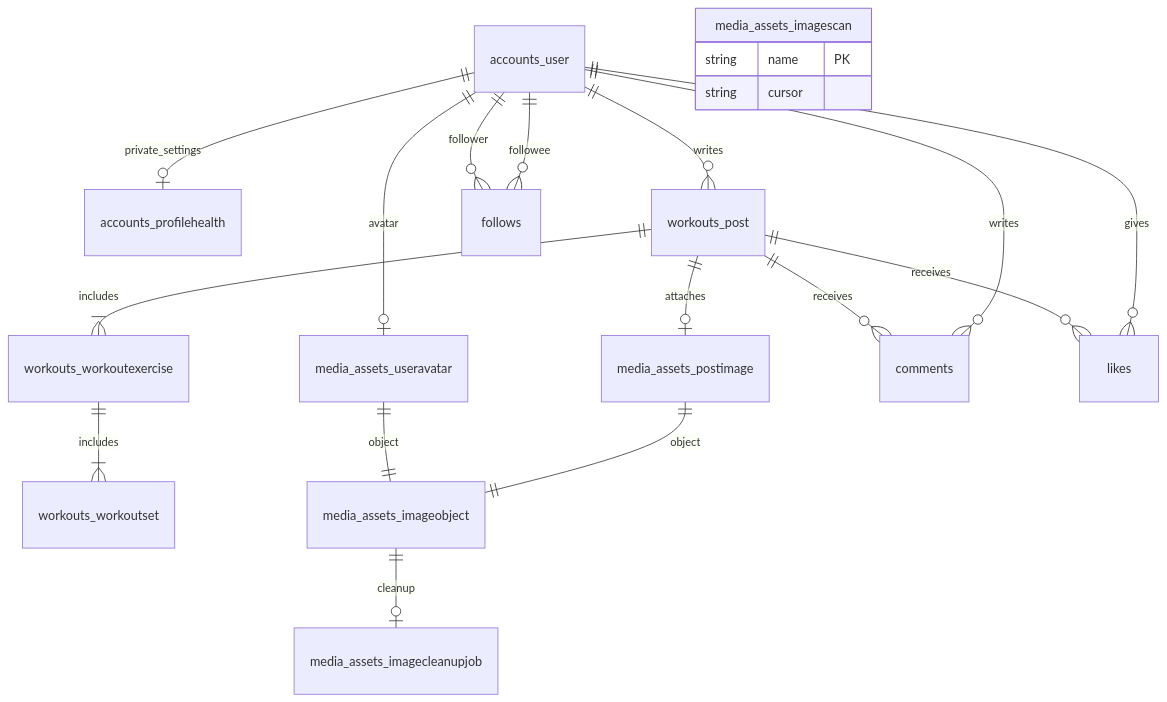
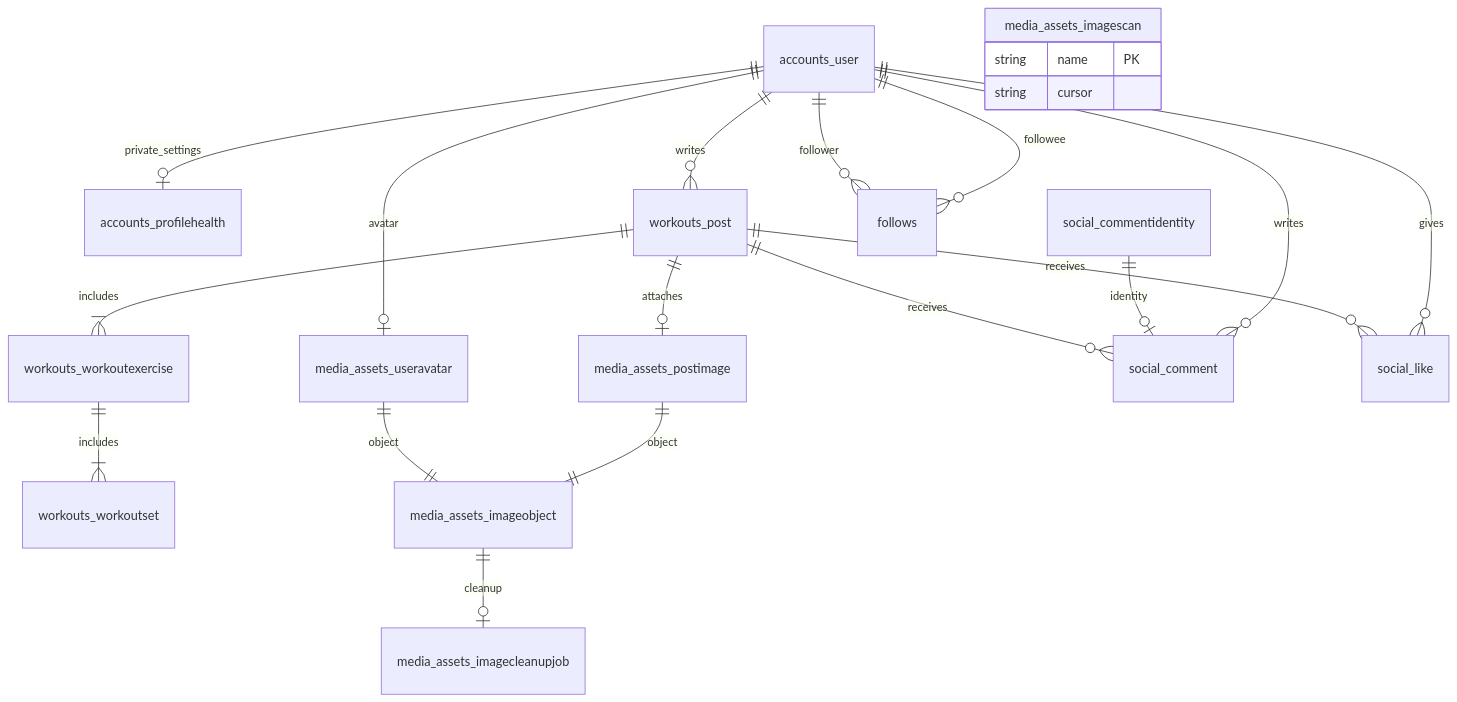
One commit to koma236/FitLog changed the diagram in docs/07_er_diagram.md. Above: the diagram before and after it, drawn with Mermaid. The commit also changed other lines of this file and 39 other files, not shown here.

Commit message:
feat: add workout comments and likes (FL-06)

````diff
--- a/docs/07_er_diagram.md
+++ b/docs/07_er_diagram.md
@@ -9,22 +9,23 @@
 ```mermaid
 erDiagram
     accounts_user ||--o| accounts_profilehealth : private_settings
     accounts_user ||--o{ workouts_post : writes
     workouts_post ||--|{ workouts_workoutexercise : includes
     workouts_workoutexercise ||--|{ workouts_workoutset : includes
     accounts_user ||--o| media_assets_useravatar : avatar
     media_assets_useravatar ||--|| media_assets_imageobject : object
     workouts_post ||--o| media_assets_postimage : attaches
     media_assets_postimage ||--|| media_assets_imageobject : object
     media_assets_imageobject ||--o| media_assets_imagecleanupjob : cleanup
     media_assets_imagescan {
         string name PK
         string cursor
     }
-    workouts_post ||--o{ comments : receives
-    accounts_user ||--o{ comments : writes
-    workouts_post ||--o{ likes : receives
-    accounts_user ||--o{ likes : gives
+    workouts_post ||--o{ social_comment : receives
+    social_commentidentity ||--o| social_comment : identity
+    accounts_user ||--o{ social_comment : writes
+    workouts_post ||--o{ social_like : receives
+    accounts_user ||--o{ social_like : gives
     accounts_user ||--o{ follows : follower
     accounts_user ||--o{ follows : followee
 ```
````
